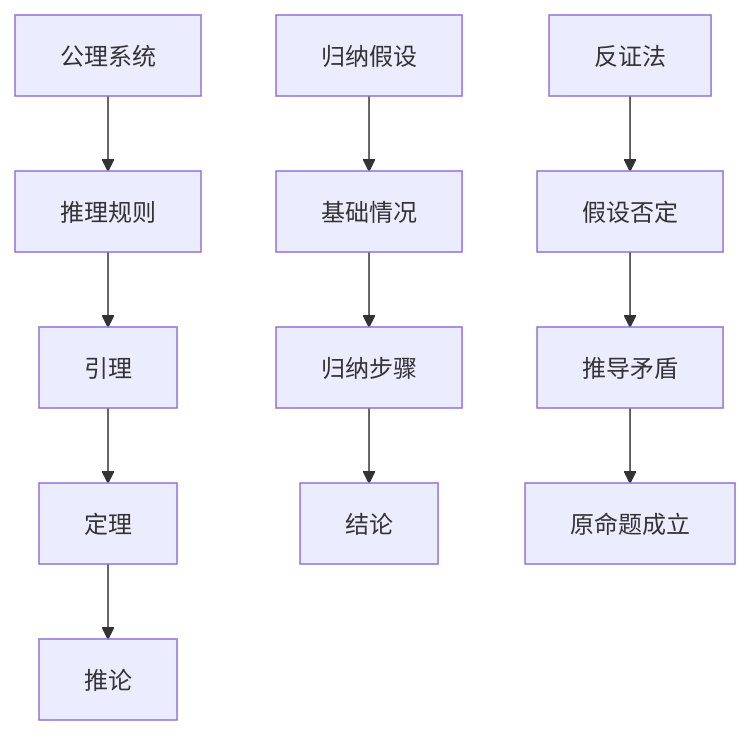
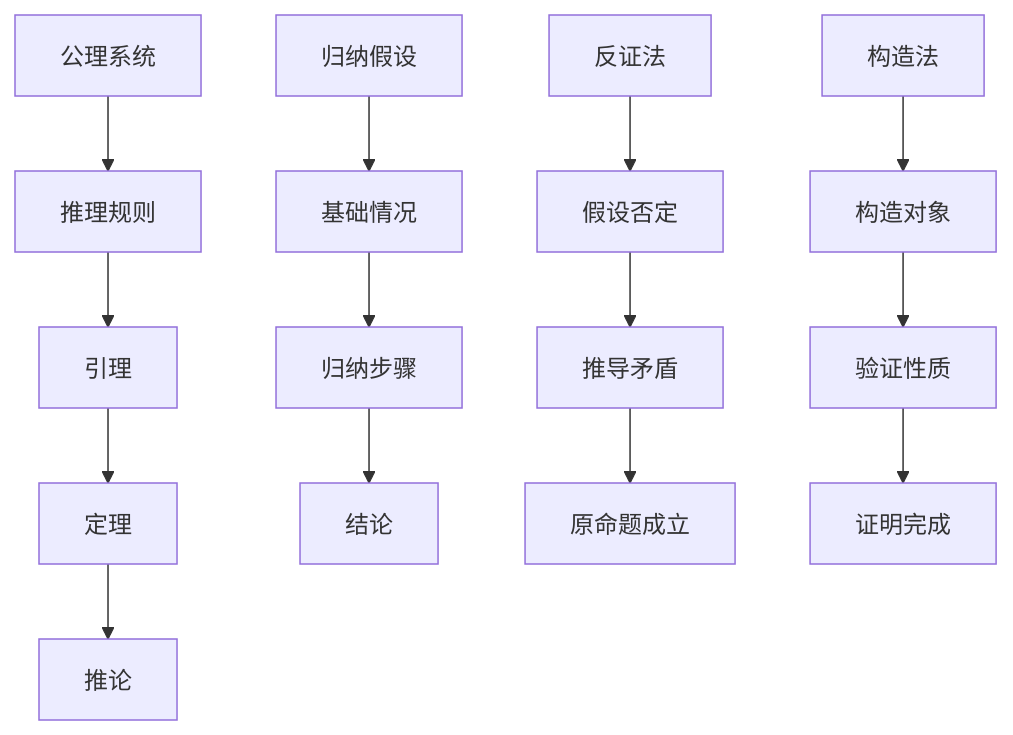
One commit to AdaMartin18010/GraphNetWorkCommunicate changed the first of 2 diagrams in docs/08-形式化证明/02-自动定理证明.md. Above: the diagram before and after it, drawn with Mermaid. The commit also changed other lines of this file and 13 other files, not shown here.

````diff
--- a/docs/08-形式化证明/02-自动定理证明.md
+++ b/docs/08-形式化证明/02-自动定理证明.md
@@ -379,15 +744,19 @@
 ```mermaid
 graph TD
     A[公理系统] --> B[推理规则]
     B --> C[引理]
     C --> D[定理]
     D --> E[推论]
     
     F[归纳假设] --> G[基础情况]
     G --> H[归纳步骤]
     H --> I[结论]
     
     J[反证法] --> K[假设否定]
     K --> L[推导矛盾]
     L --> M[原命题成立]
+    
+    N[构造法] --> O[构造对象]
+    O --> P[验证性质]
+    P --> Q[证明完成]
 ```
````
